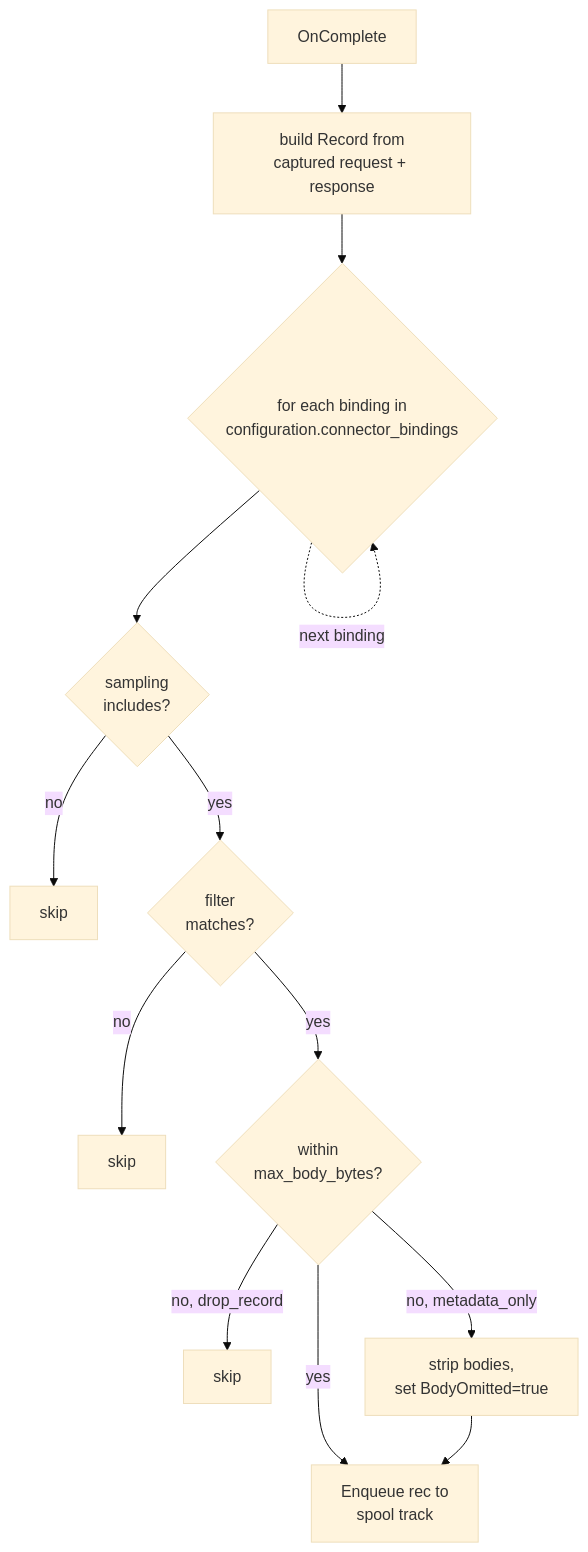
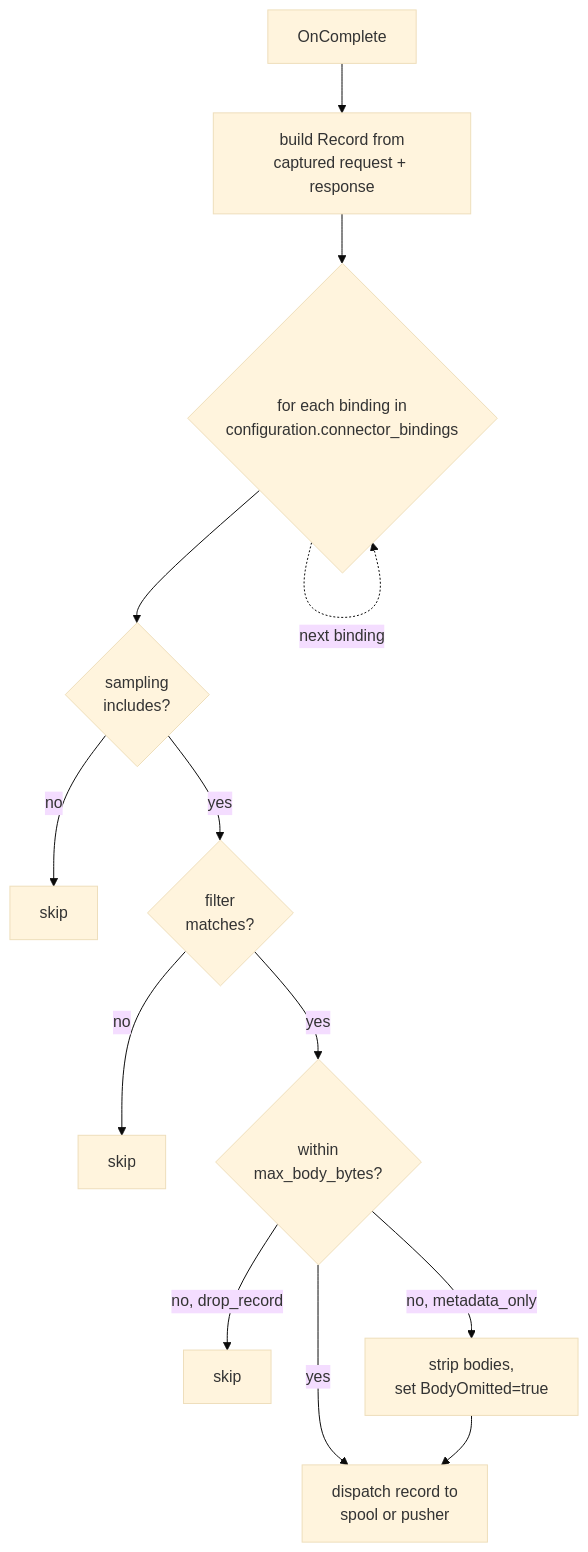
Before and after one commit to andyjmorgan/slipspace-gateway: the diagram in docs/connector-bindings.md, drawn with Mermaid (base theme). The commit also changed other lines of this file and 11 other files, not shown here.

````diff
--- a/docs/connector-bindings.md
+++ b/docs/connector-bindings.md
@@ -29,14 +29,14 @@
 ```mermaid
 flowchart TD
     Done[OnComplete] --> Build[build Record from<br/>captured request + response]
     Build --> Loop{for each binding in<br/>configuration.connector_bindings}
     Loop --> Sample{sampling<br/>includes?}
     Sample -- no --> Drop1[skip]
     Sample -- yes --> Filter{filter<br/>matches?}
     Filter -- no --> Drop2[skip]
     Filter -- yes --> Size{within<br/>max_body_bytes?}
-    Size -- yes --> Ship[Enqueue rec to<br/>spool track]
+    Size -- yes --> Ship[dispatch record to<br/>spool or pusher]
     Size -- no, drop_record --> Drop3[skip]
     Size -- no, metadata_only --> Strip[strip bodies,<br/>set BodyOmitted=true] --> Ship
     Loop -. next binding .-> Loop
 ```
````
